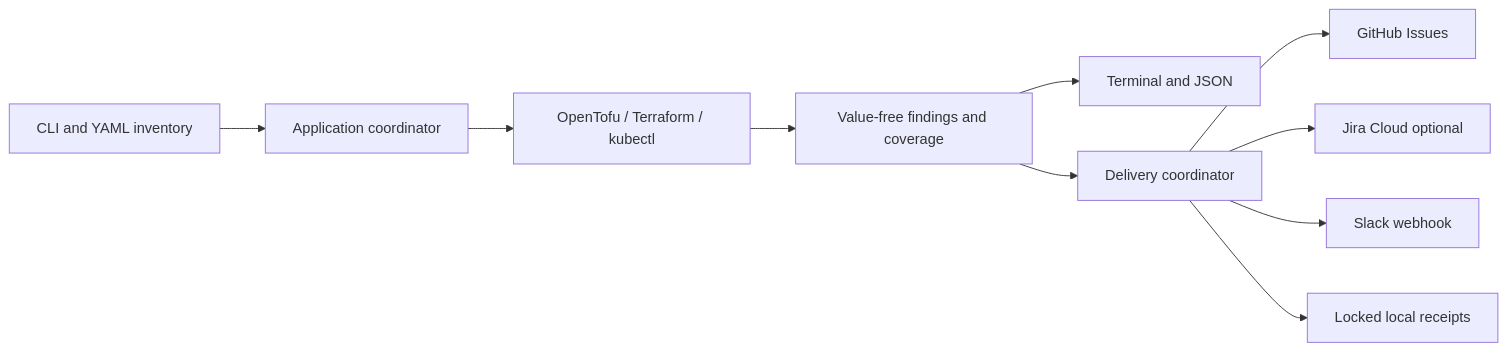
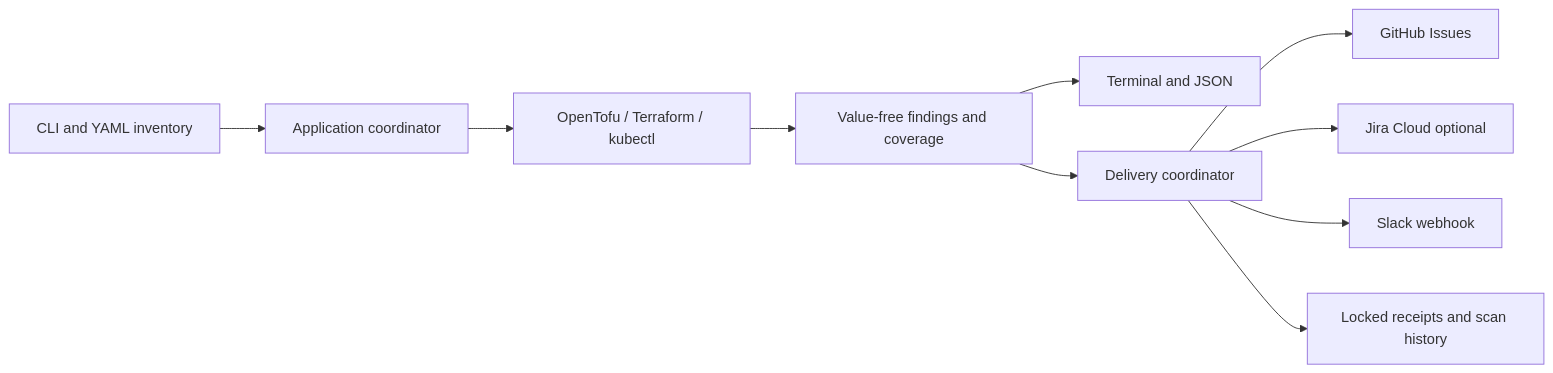
Before and after one commit to iamunnip/infra-drift-watch: the diagram in README.md, drawn with Mermaid. The commit also changed other lines of this file and 46 other files, not shown here.

````diff
--- a/README.md
+++ b/README.md
@@ -93,12 +113,12 @@
 ```mermaid
 flowchart LR
     CLI[CLI and YAML inventory] --> App[Application coordinator]
     App --> Adapters[OpenTofu / Terraform / kubectl]
     Adapters --> Results[Value-free findings and coverage]
     Results --> Reports[Terminal and JSON]
     Results --> Delivery[Delivery coordinator]
     Delivery --> GitHub[GitHub Issues]
     Delivery --> Jira[Jira Cloud optional]
     Delivery --> Slack[Slack webhook]
-    Delivery --> State[Locked local receipts]
+    Delivery --> State[Locked receipts and scan history]
 ```
````
